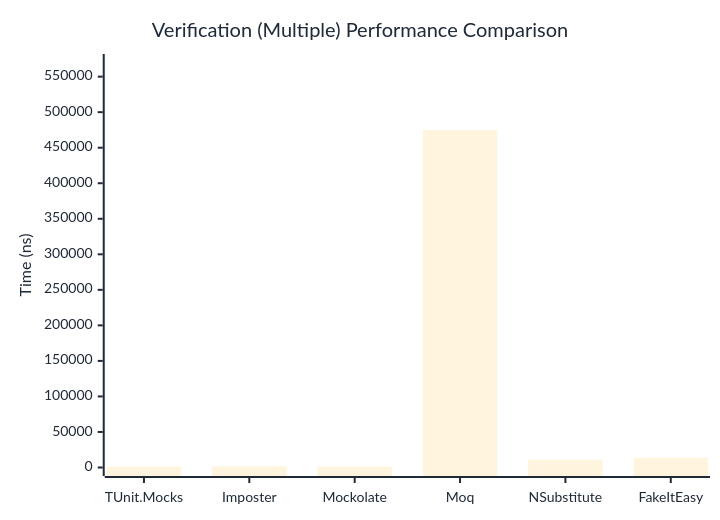
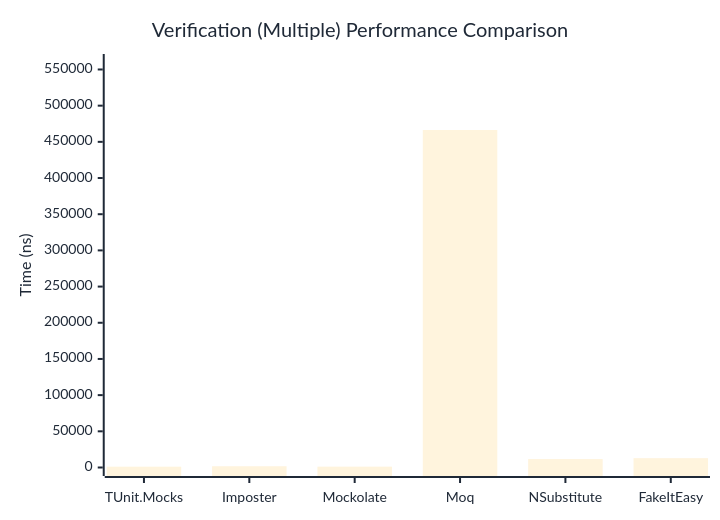
The third of 3 diagrams in docs/docs/benchmarks/mocks/Verification.md (weiyilai/TUnit), drawn with Mermaid before and after one commit. The commit also changed other lines of this file and 14 other files, not shown here.

````diff
--- a/docs/docs/benchmarks/mocks/Verification.md
+++ b/docs/docs/benchmarks/mocks/Verification.md
@@ -110,27 +110,27 @@
 ```mermaid
 %%{init: {
   'theme':'base',
   'themeVariables': {
     'primaryColor': '#2563eb',
     'primaryTextColor': '#1f2937',
     'primaryBorderColor': '#1e40af',
     'lineColor': '#6b7280',
     'secondaryColor': '#7c3aed',
     'tertiaryColor': '#dc2626',
     'background': '#ffffff',
     'pie1': '#2563eb',
     'pie2': '#7c3aed',
     'pie3': '#dc2626',
     'pie4': '#f59e0b',
     'pie5': '#10b981',
     'pie6': '#06b6d4',
     'pie7': '#ec4899',
     'pie8': '#6366f1'
   }
 }}%%
 xychart-beta
   title "Verification (Multiple) Performance Comparison"
   x-axis ["TUnit.Mocks", "Imposter", "Mockolate", "Moq", "NSubstitute", "FakeItEasy"]
-  y-axis "Time (ns)" 0 --> 569902
-  bar [1154.72, 1677.59, 1338.39, 474917.87, 10999.23, 13790.27]
+  y-axis "Time (ns)" 0 --> 559639
+  bar [1144.61, 1732.59, 1164.21, 466365.74, 11674.19, 12922.28]
 ```
````
